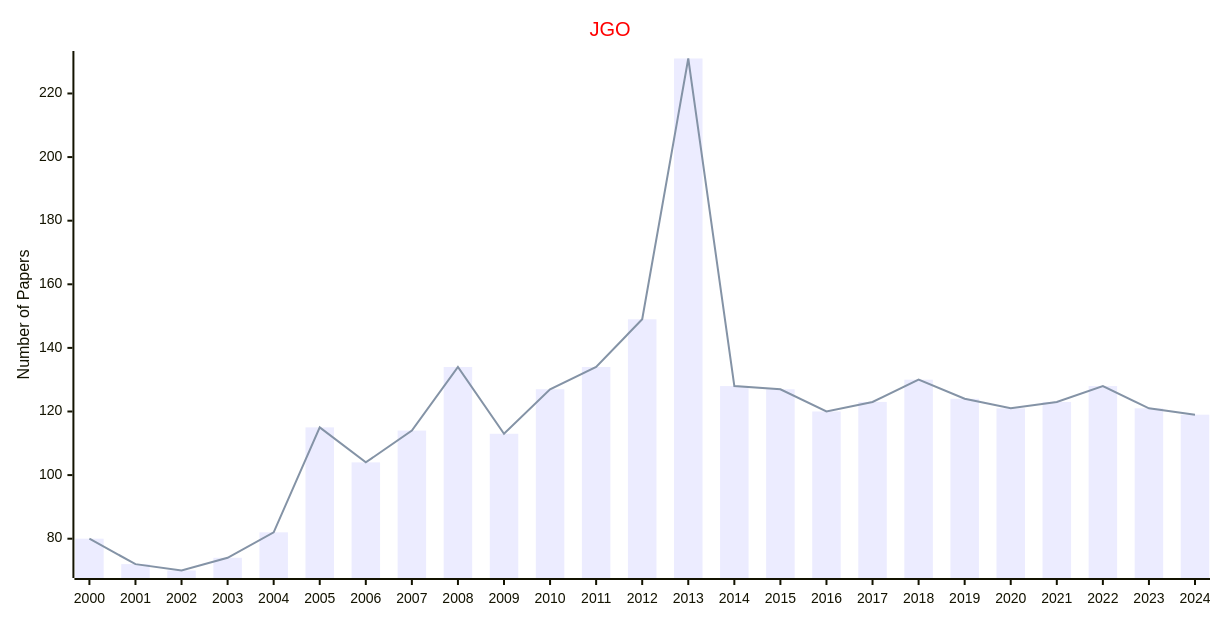
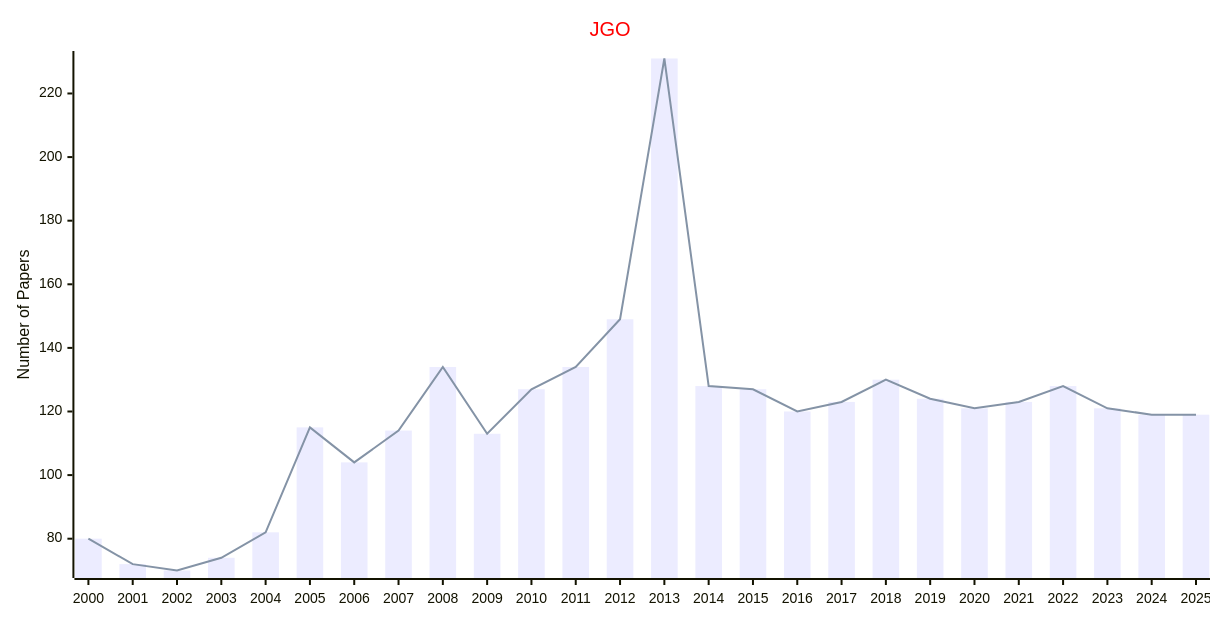
Before and after one commit to Easy-PhD/AILinks: the eighth of 11 diagrams in docs/data/Journals/Statistics_Journals/Optimization.md, drawn with Mermaid. The commit also changed other lines of this file and 107 other files, not shown here.

````diff
--- a/docs/data/Journals/Statistics_Journals/Optimization.md
+++ b/docs/data/Journals/Statistics_Journals/Optimization.md
@@ -177,17 +177,17 @@
 ```mermaid
 ---
 config:
     xyChart:
         width: 1200
         height: 600
     themeVariables:
         xyChart:
             titleColor: "#ff0000"
 ---
 xychart-beta
     title "JGO"
-    x-axis [2000, 2001, 2002, 2003, 2004, 2005, 2006, 2007, 2008, 2009, 2010, 2011, 2012, 2013, 2014, 2015, 2016, 2017, 2018, 2019, 2020, 2021, 2022, 2023, 2024]
+    x-axis [2000, 2001, 2002, 2003, 2004, 2005, 2006, 2007, 2008, 2009, 2010, 2011, 2012, 2013, 2014, 2015, 2016, 2017, 2018, 2019, 2020, 2021, 2022, 2023, 2024, 2025]
     y-axis "Number of Papers"
-    bar [80, 72, 70, 74, 82, 115, 104, 114, 134, 113, 127, 134, 149, 231, 128, 127, 120, 123, 130, 124, 121, 123, 128, 121, 119]
-    line [80, 72, 70, 74, 82, 115, 104, 114, 134, 113, 127, 134, 149, 231, 128, 127, 120, 123, 130, 124, 121, 123, 128, 121, 119]
+    bar [80, 72, 70, 74, 82, 115, 104, 114, 134, 113, 127, 134, 149, 231, 128, 127, 120, 123, 130, 124, 121, 123, 128, 121, 119, 119]
+    line [80, 72, 70, 74, 82, 115, 104, 114, 134, 113, 127, 134, 149, 231, 128, 127, 120, 123, 130, 124, 121, 123, 128, 121, 119, 119]
 ```
````
